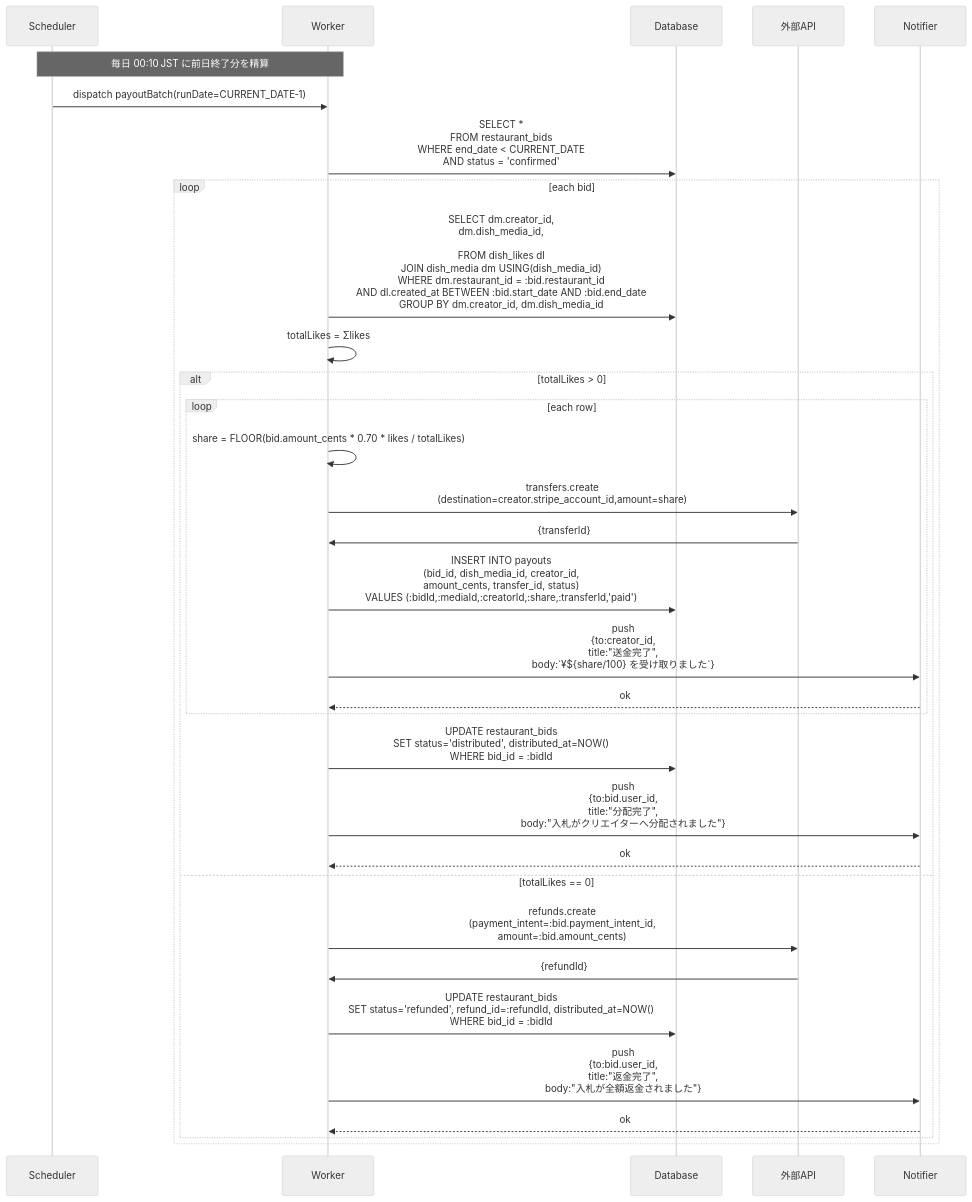
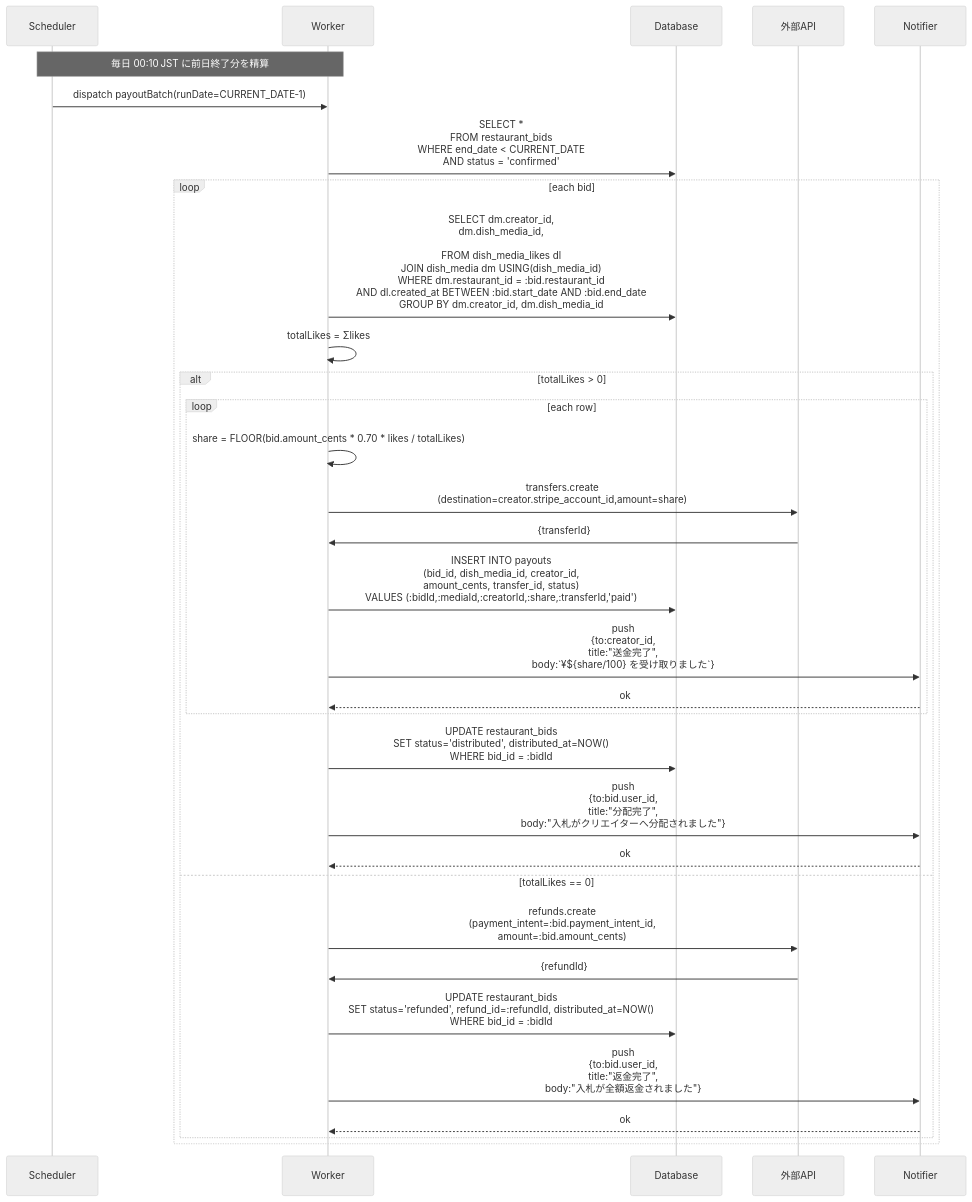
The diagram in docs/sequence/ads_payout_batch.mmd (Ayato-kosaka/nanitabeyo), drawn with Mermaid (neutral theme) before and after one commit. The commit also changed 16 other files, not shown here.

Commit message:
refactor: rename dish_likes to dish_media_likes and update related queries

```diff
--- a/docs/sequence/ads_payout_batch.mmd
+++ b/docs/sequence/ads_payout_batch.mmd
@@ -1,45 +1,45 @@
 sequenceDiagram
     %% cron → NestJS queue consumer
     participant Scheduler
     participant Worker
     participant Database
     %% Stripe
     participant ExternalAPI as 外部API
     %% Push／メール通知サービス
     participant Notifier
 %% ─────────────────────────────────────────────────────────────
     Note over Scheduler,Worker: 毎日 00:10 JST に前日終了分を精算
     Scheduler ->> Worker: dispatch payoutBatch(runDate=CURRENT_DATE‑1)
 
     %% 昨日で終了した Bid を取得
     Worker ->> Database: SELECT *<br>FROM restaurant_bids<br>WHERE end_date  < CURRENT_DATE<br>AND status    = 'confirmed';
 
     loop each bid
         %% 成績集計（Bid の 30日窓）
-        Worker ->> Database: SELECT dm.creator_id,<br>dm.dish_media_id,<br><br>FROM dish_likes  dl<br>JOIN dish_media  dm USING(dish_media_id)<br>WHERE dm.restaurant_id = :bid.restaurant_id<br>AND dl.created_at BETWEEN :bid.start_date AND :bid.end_date<br>GROUP BY dm.creator_id, dm.dish_media_id;
+        Worker ->> Database: SELECT dm.creator_id,<br>dm.dish_media_id,<br><br>FROM dish_media_likes  dl<br>JOIN dish_media  dm USING(dish_media_id)<br>WHERE dm.restaurant_id = :bid.restaurant_id<br>AND dl.created_at BETWEEN :bid.start_date AND :bid.end_date<br>GROUP BY dm.creator_id, dm.dish_media_id;
 
         Worker ->> Worker: totalLikes = Σlikes
         alt totalLikes > 0
             loop each row
                 Worker ->> Worker: share = FLOOR(bid.amount_cents * 0.70 * likes / totalLikes)
                 Worker ->> ExternalAPI: transfers.create<br>(destination=creator.stripe_account_id,amount=share)
                     ExternalAPI ->> Worker: {transferId}
                 Worker ->> Database: INSERT INTO payouts<br>(bid_id, dish_media_id, creator_id,<br>amount_cents, transfer_id, status)<br>VALUES (:bidId,:mediaId,:creatorId,:share,:transferId,'paid');
                 %% クリエイターへ送金通知
                 Worker ->> Notifier: push<br>{to:creator_id,<br>title:"送金完了",<br>body:`¥${share/100} を受け取りました`}
                     Notifier -->> Worker: ok
             end
             Worker ->> Database: UPDATE restaurant_bids<br>SET status='distributed', distributed_at=NOW()<br>WHERE bid_id = :bidId;
             %% オーナー(入札者)へ分配完了通知
             Worker ->> Notifier: push<br>{to:bid.user_id,<br>title:"分配完了",<br>body:"入札がクリエイターへ分配されました"}
                 Notifier -->> Worker: ok
         else totalLikes == 0
             %% 全額返金
             Worker ->> ExternalAPI: refunds.create<br>(payment_intent=:bid.payment_intent_id,<br>amount=:bid.amount_cents)
                 ExternalAPI ->> Worker: {refundId}
             Worker ->> Database: UPDATE restaurant_bids<br>SET status='refunded', refund_id=:refundId, distributed_at=NOW()<br>WHERE bid_id = :bidId;
             %% 入札者へ返金通知
             Worker ->> Notifier: push<br>{to:bid.user_id,<br>title:"返金完了",<br>body:"入札が全額返金されました"}
                 Notifier -->> Worker: ok
         end
     end
```
